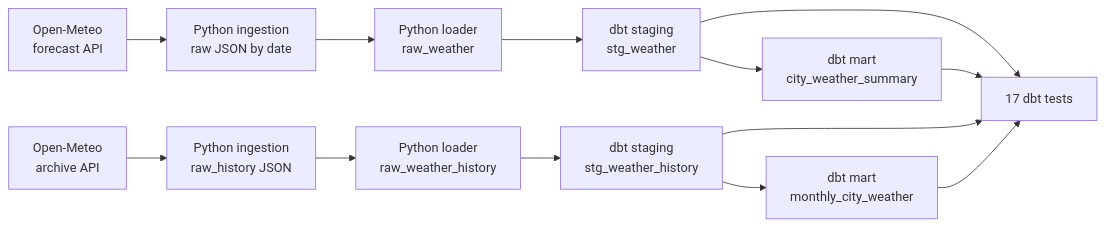
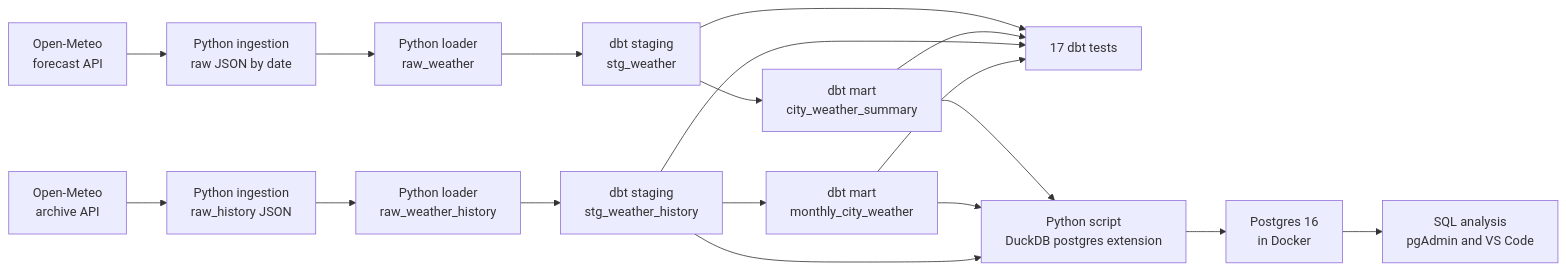
One commit to Badmosa/Weather-Pipeline changed the diagram in README.md. Above: the diagram before and after it, drawn with Mermaid. The commit also changed other lines of this file and 2 other files, not shown here.

````diff
--- a/README.md
+++ b/README.md
@@ -18,17 +18,23 @@
 ```mermaid
 flowchart LR
     A[Open-Meteo<br/>forecast API] --> B[Python ingestion<br/>raw JSON by date]
     B --> C[Python loader<br/>raw_weather]
     C --> D[dbt staging<br/>stg_weather]
     D --> E[dbt mart<br/>city_weather_summary]
 
     H[Open-Meteo<br/>archive API] --> I[Python ingestion<br/>raw_history JSON]
     I --> J[Python loader<br/>raw_weather_history]
     J --> K[dbt staging<br/>stg_weather_history]
     K --> L[dbt mart<br/>monthly_city_weather]
 
     D --> T[17 dbt tests]
     E --> T
     K --> T
     L --> T
+
+    E --> P[Python script<br/>DuckDB postgres extension]
+    L --> P
+    K --> P
+    P --> Q[Postgres 16<br/>in Docker]
+    Q --> R[SQL analysis<br/>pgAdmin and VS Code]
 ```
````
